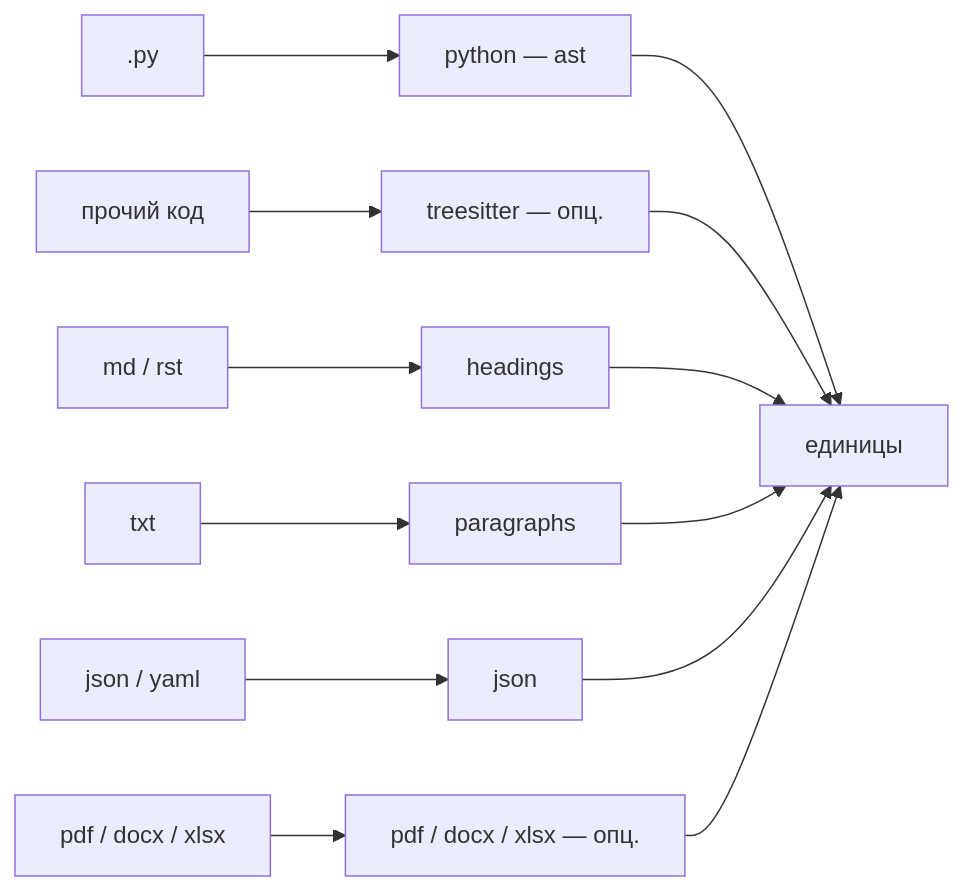
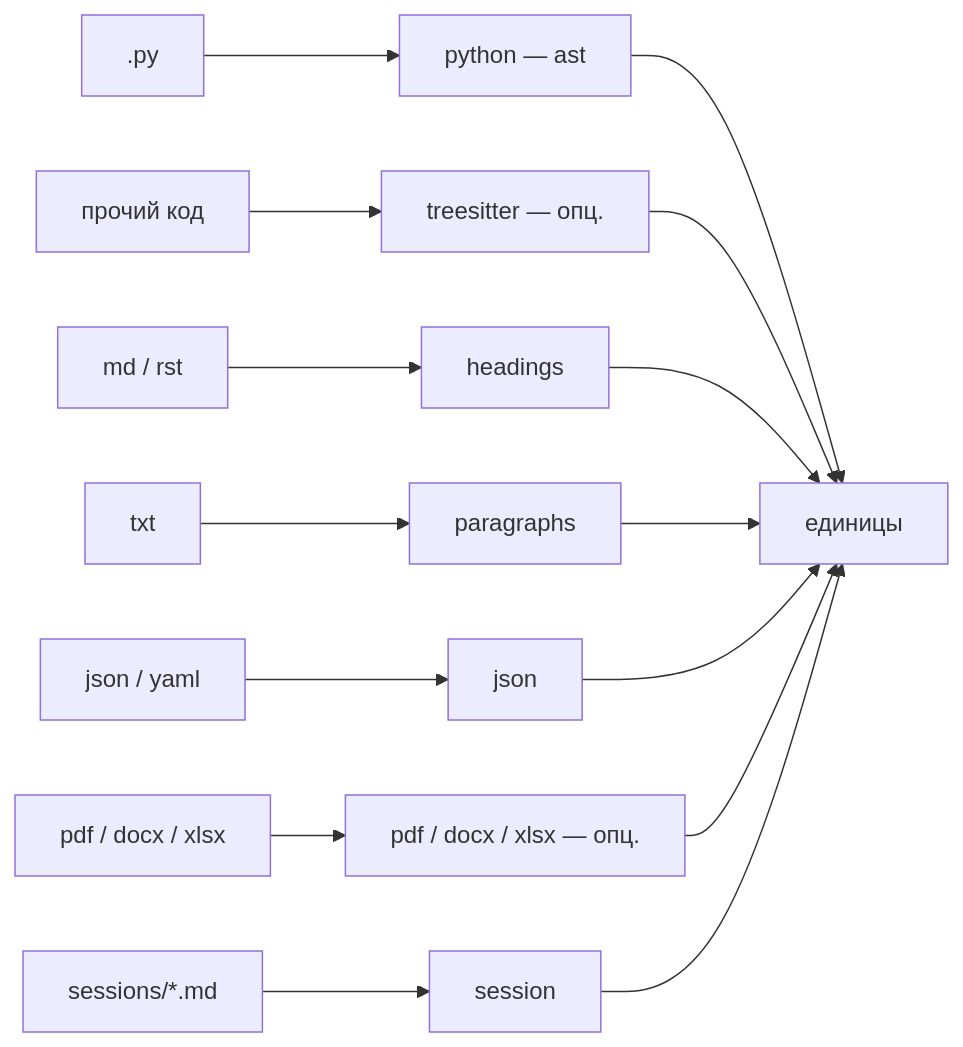
The second of 2 diagrams in docs/ru/architecture/04-ingest.md (Kvazar123/llm-amg), drawn with Mermaid before and after one commit. The commit also changed other lines of this file and 10 other files, not shown here.

````diff
--- a/docs/ru/architecture/04-ingest.md
+++ b/docs/ru/architecture/04-ingest.md
@@ -80,15 +80,17 @@
 ```mermaid
 flowchart LR
     P[".py"] --> PY["python — ast"]
     C["прочий код"] --> TS["treesitter — опц."]
     M["md / rst"] --> HD["headings"]
     T["txt"] --> PG["paragraphs"]
     D["json / yaml"] --> JS["json"]
     B["pdf / docx / xlsx"] --> BN["pdf / docx / xlsx — опц."]
+    S["sessions/*.md"] --> SE["session"]
     PY --> U["единицы"]
     TS --> U
     HD --> U
     PG --> U
     JS --> U
     BN --> U
+    SE --> U
 ```
````
